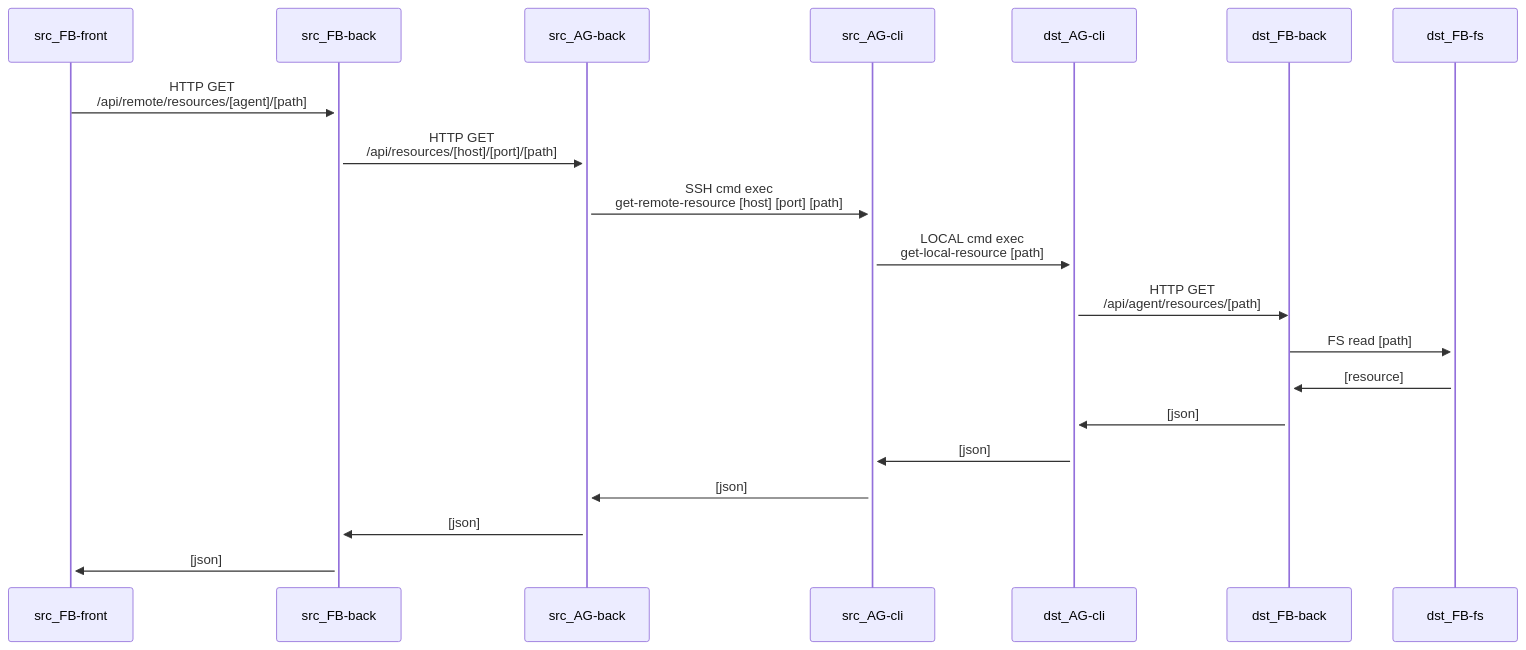
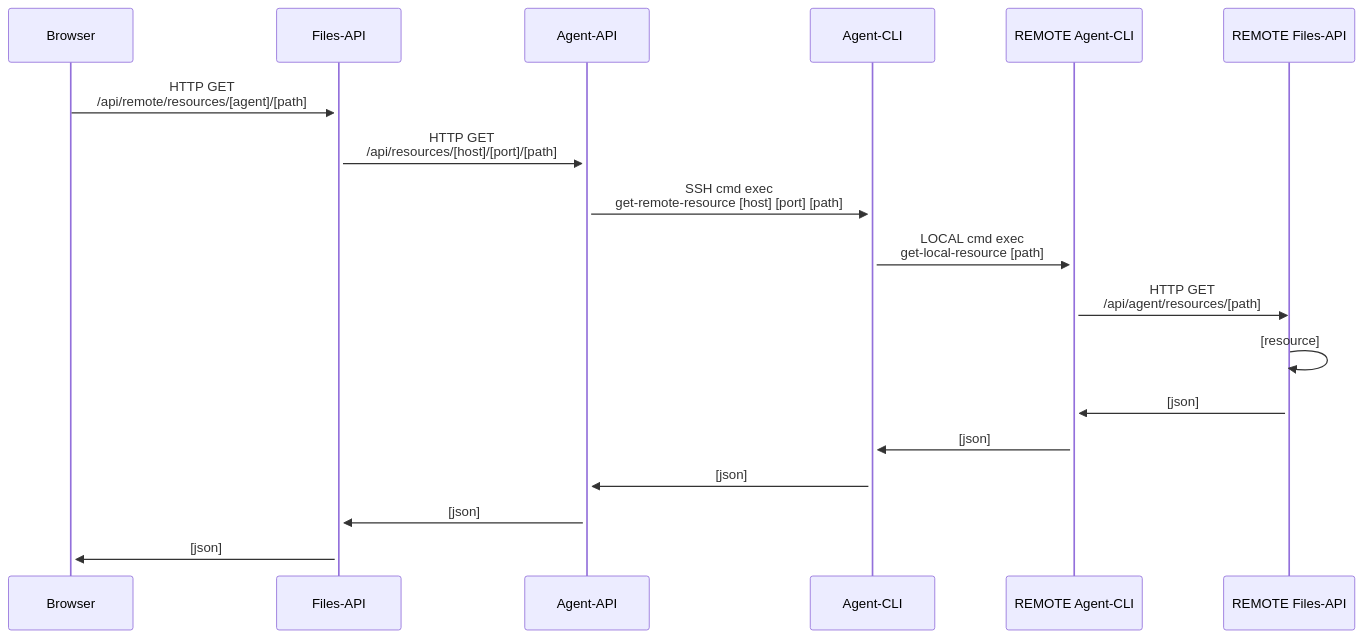
The second of 2 diagrams in agent/doc/diagrams.md (marekful/webscp), drawn with Mermaid before and after one commit. The commit also changed other lines of this file and 1 other file, not shown here.

Commit message:
doc(agent): Update diagrams

````diff
--- a/agent/doc/diagrams.md
+++ b/agent/doc/diagrams.md
@@ -15,15 +14,14 @@
 ```mermaid
 sequenceDiagram
-    src_FB-front->>+src_FB-back: HTTP GET<br>/api/remote/resources/[agent]/[path]
-    src_FB-back->>+src_AG-back: HTTP GET<br>/api/resources/[host]/[port]/[path]
-    src_AG-back->>+src_AG-cli: SSH cmd exec<br>get-remote-resource [host] [port] [path]
-    src_AG-cli->>+dst_AG-cli: LOCAL cmd exec<br>get-local-resource [path]
-    dst_AG-cli->>dst_FB-back: HTTP GET<br>/api/agent/resources/[path]
-    dst_FB-back->>+dst_FB-fs: FS read [path]
-    dst_FB-fs->>+dst_FB-back: [resource]
-    dst_FB-back->>+dst_AG-cli: [json]
-    dst_AG-cli->>+src_AG-cli: [json]
-    src_AG-cli->>+src_AG-back: [json]
-    src_AG-back->>+src_FB-back: [json]
-    src_FB-back->>+src_FB-front: [json]
+    Browser->>+Files-API: HTTP GET<br>/api/remote/resources/[agent]/[path]
+    Files-API->>+Agent-API: HTTP GET<br>/api/resources/[host]/[port]/[path]
+    Agent-API->>+Agent-CLI: SSH cmd exec<br>get-remote-resource [host] [port] [path]
+    Agent-CLI->>+REMOTE Agent-CLI: LOCAL cmd exec<br>get-local-resource [path]
+    REMOTE Agent-CLI->>REMOTE Files-API: HTTP GET<br>/api/agent/resources/[path]
+    REMOTE Files-API->>+REMOTE Files-API: [resource]
+    REMOTE Files-API->>+REMOTE Agent-CLI: [json]
+    REMOTE Agent-CLI->>+Agent-CLI: [json]
+    Agent-CLI->>+Agent-API: [json]
+    Agent-API->>+Files-API: [json]
+    Files-API->>+Browser: [json]
 ```
````
